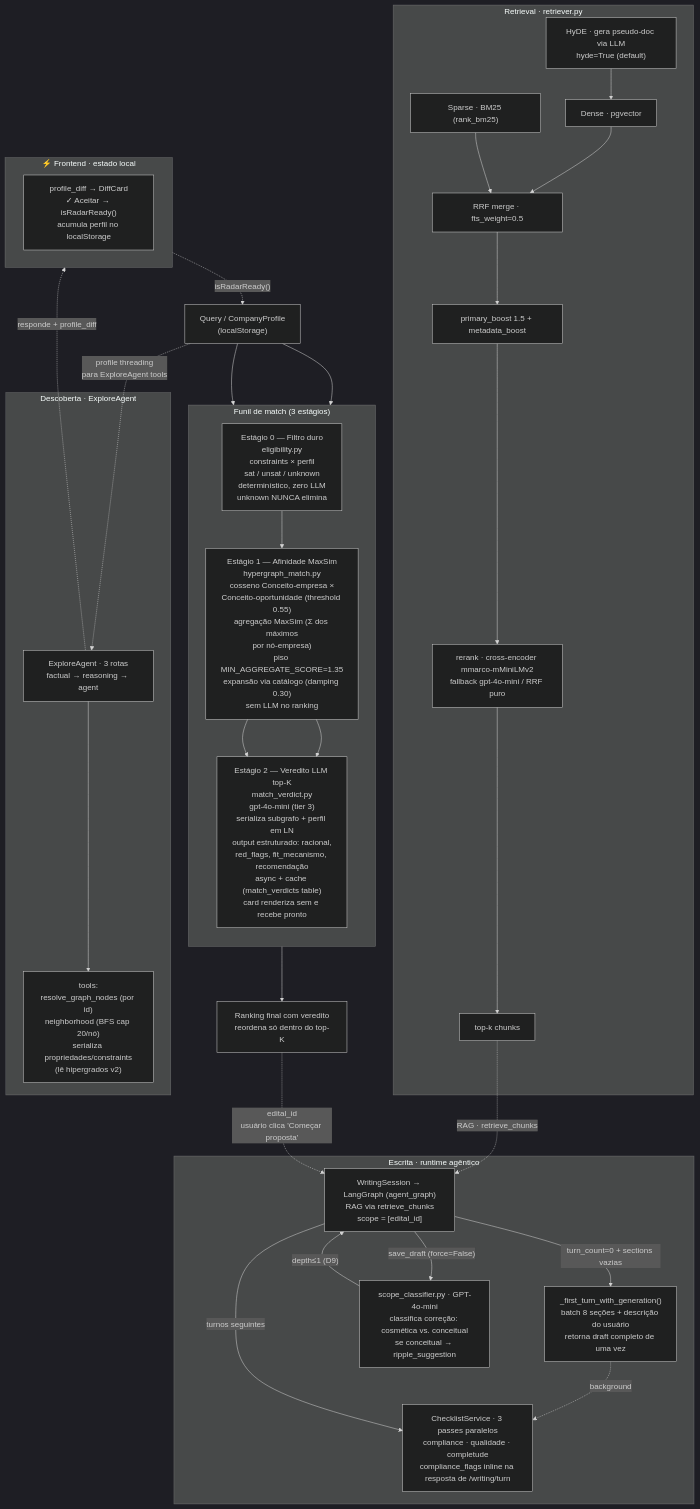
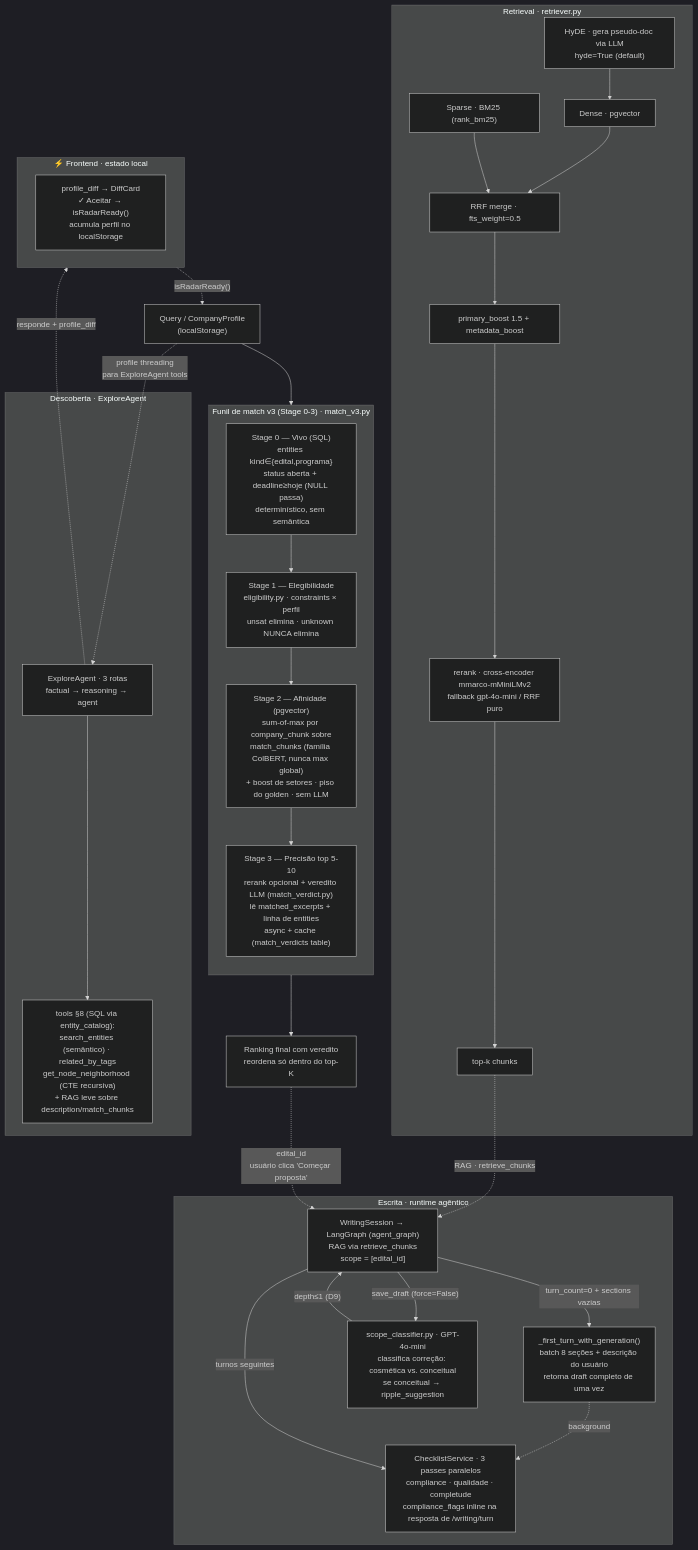
Before and after one commit to lucasborgs/radar_editais: the third of 5 diagrams in docs/architecture.md, drawn with Mermaid (dark theme). The commit also changed other lines of this file and 42 other files, not shown here.

````diff
--- a/docs/architecture.md
+++ b/docs/architecture.md
@@ -119,54 +108,53 @@
 ```mermaid
 flowchart TB
   Q["Query / CompanyProfile<br/>(localStorage)"]
 
-  subgraph FUNIL["Funil de match (3 estágios)"]
+  subgraph FUNIL["Funil de match v3 (Stage 0-3) · match_v3.py"]
     direction TB
-    E0["Estágio 0 — Filtro duro<br/>eligibility.py<br/>constraints × perfil<br/>sat / unsat / unknown<br/>determinístico, zero LLM<br/>unknown NUNCA elimina"] --> E1
-    E1["Estágio 1 — Afinidade MaxSim<br/>hypergraph_match.py<br/>cosseno Conceito-empresa ×<br/>Conceito-oportunidade (threshold 0.55)<br/>agregação MaxSim (Σ dos máximos<br/>por nó-empresa)<br/>piso MIN_AGGREGATE_SCORE=1.35<br/>expansão via catálogo (damping 0.30)<br/>sem LLM no ranking"] --> E2
-    E2["Estágio 2 — Veredito LLM top-K<br/>match_verdict.py<br/>gpt-4o-mini (tier 3)<br/>serializa subgrafo + perfil em LN<br/>output estruturado: racional,<br/>red_flags, fit_mecanismo, recomendação<br/>async + cache (match_verdicts table)<br/>card renderiza sem e recebe pronto"]
+    E0["Stage 0 — Vivo (SQL)<br/>entities kind∈{edital,programa}<br/>status aberta + deadline≥hoje (NULL passa)<br/>determinístico, sem semântica"] --> E1
+    E1["Stage 1 — Elegibilidade<br/>eligibility.py · constraints × perfil<br/>unsat elimina · unknown NUNCA elimina"] --> E2
+    E2["Stage 2 — Afinidade (pgvector)<br/>sum-of-max por company_chunk sobre<br/>match_chunks (família ColBERT, nunca max global)<br/>+ boost de setores · piso do golden · sem LLM"] --> E3
+    E3["Stage 3 — Precisão top 5-10<br/>rerank opcional + veredito LLM (match_verdict.py)<br/>lê matched_excerpts + linha de entities<br/>async + cache (match_verdicts table)"]
   end
 
   subgraph RET["Retrieval · retriever.py"]
     HYDE["HyDE · gera pseudo-doc via LLM<br/>hyde=True (default)"]
     DENSE["Dense · pgvector"]
     SPARSE["Sparse · BM25 (rank_bm25)"]
     HYDE --> DENSE
     DENSE --> RRF["RRF merge · fts_weight=0.5"]
     SPARSE --> RRF
     RRF --> BOOST["primary_boost 1.5 + metadata_boost"]
     BOOST --> RERANK["rerank · cross-encoder mmarco-mMiniLMv2<br/>fallback gpt-4o-mini / RRF puro"]
     RERANK --> TOPK["top-k chunks"]
   end
 
   Q --> E0
-  Q --> E1
-  E1 --> E2
-  E2 --> RANK["Ranking final com veredito<br/>reordena só dentro do top-K"]
+  E3 --> RANK["Ranking final com veredito<br/>reordena só dentro do top-K"]
 
   TOPK -.->|"RAG · retrieve_chunks"| WS
 
   subgraph EXPLORE["Descoberta · ExploreAgent"]
     EA["ExploreAgent · 3 rotas<br/>factual → reasoning → agent"]
-    EA --> TOOLS["tools:<br/>resolve_graph_nodes (por id)<br/>neighborhood (BFS cap 20/nó)<br/>serializa propriedades/constraints<br/>(lê hipergrados v2)"]
+    EA --> TOOLS["tools §8 (SQL via entity_catalog):<br/>search_entities (semântico) · related_by_tags<br/>get_node_neighborhood (CTE recursiva)<br/>+ RAG leve sobre description/match_chunks"]
   end
 
   subgraph FRONT["⚡ Frontend · estado local"]
     FE["profile_diff → DiffCard<br/>✓ Aceitar → isRadarReady()<br/>acumula perfil no localStorage"]
   end
 
   EA -.->|"responde + profile_diff"| FRONT
   FRONT -.->|"isRadarReady()"| Q
   Q -.->|"profile threading<br/>para ExploreAgent tools"| EA
 
   RANK -.->|"edital_id<br/>usuário clica 'Começar proposta'"| WS
 
   subgraph WRITE["Escrita · runtime agêntico"]
     WS["WritingSession → LangGraph (agent_graph)<br/>RAG via retrieve_chunks<br/>scope = [edital_id]"]
     WS -->|"turn_count=0 + sections vazias"| FT["_first_turn_with_generation()<br/>batch 8 seções + descrição do usuário<br/>retorna draft completo de uma vez"]
     FT -.->|"background"| CKL["ChecklistService · 3 passes paralelos<br/>compliance · qualidade · completude<br/>compliance_flags inline na resposta de /writing/turn"]
     WS -->|"turnos seguintes"| CKL
     WS -->|"save_draft (force=False)"| SCOP["scope_classifier.py · GPT-4o-mini<br/>classifica correção: cosmética vs. conceitual<br/>se conceitual → ripple_suggestion"]
     SCOP -->|"depth≤1 (D9)"| WS
   end
 ```
````
